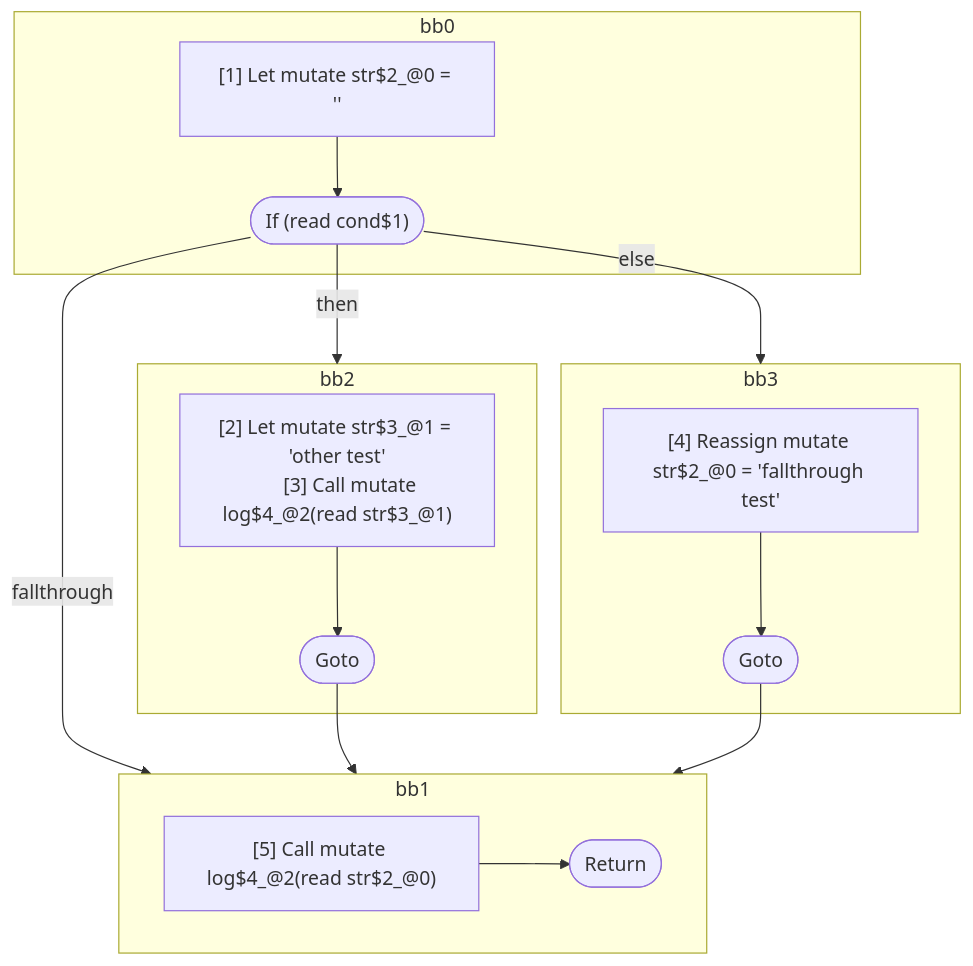
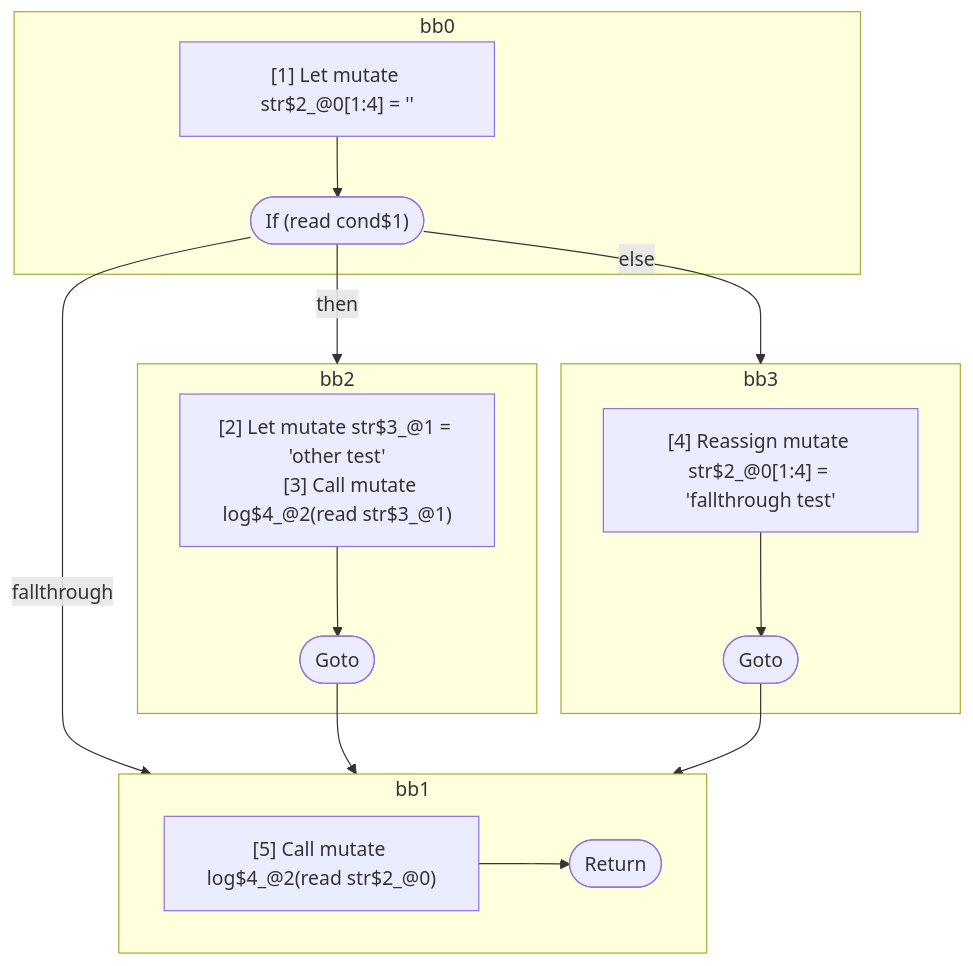
Before and after one commit to wutsmog/private: the second of 2 diagrams in compiler/forget/src/__tests__/fixtures/hir/ssa-shadowing.expect.md, drawn with Mermaid. The commit also changed other lines of this file and 33 other files, not shown here.

````diff
--- a/compiler/forget/src/__tests__/fixtures/hir/ssa-shadowing.expect.md
+++ b/compiler/forget/src/__tests__/fixtures/hir/ssa-shadowing.expect.md
@@ -71,37 +71,37 @@
 ```mermaid
 flowchart TB
   %% Basic Blocks
   subgraph bb0
     bb0_instrs["
-      [1] Let mutate str$2_@0 = ''
+      [1] Let mutate str$2_@0[1:4] = ''
     "]
     bb0_instrs --> bb0_terminal(["If (read cond$1)"])
   end
   subgraph bb2
     bb2_instrs["
       [2] Let mutate str$3_@1 = 'other test'
       [3] Call mutate log$4_@2(read str$3_@1)
     "]
     bb2_instrs --> bb2_terminal(["Goto"])
   end
   subgraph bb3
     bb3_instrs["
-      [4] Reassign mutate str$2_@0 = 'fallthrough test'
+      [4] Reassign mutate str$2_@0[1:4] = 'fallthrough test'
     "]
     bb3_instrs --> bb3_terminal(["Goto"])
   end
   subgraph bb1
     bb1_instrs["
       [5] Call mutate log$4_@2(read str$2_@0)
     "]
     bb1_instrs --> bb1_terminal(["Return"])
   end
 
   %% Jumps
   bb0_terminal -- then --> bb2
   bb0_terminal -- else --> bb3
   bb0_terminal -- fallthrough --> bb1
   bb2_terminal --> bb1
   bb3_terminal --> bb1
 
 ```
````
